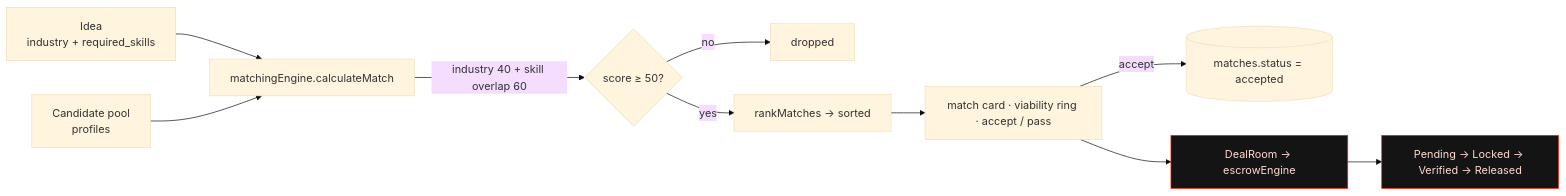
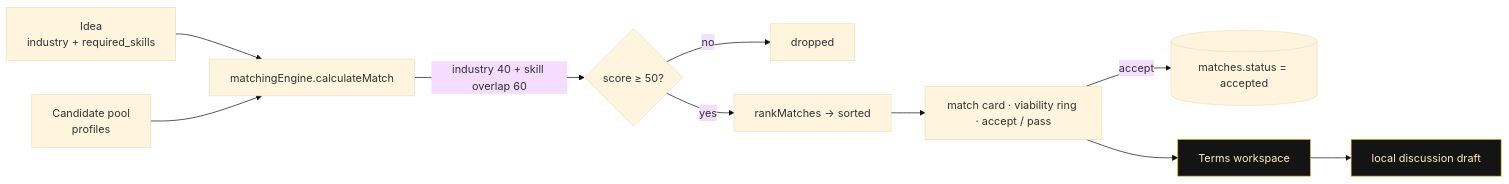
The eighth of 11 diagrams in README.md (YASLOGIST/urlf-up), drawn with Mermaid (base theme) before and after one commit. The commit also changed other lines of this file and 14 other files, not shown here.

Commit message:
upgrade terms workspace and motion accessibility

````diff
--- a/README.md
+++ b/README.md
@@ -492,15 +492,15 @@
 ```mermaid
 graph LR
   I["Idea<br/>industry + required_skills"] --> E["matchingEngine.calculateMatch"]
   P["Candidate pool<br/>profiles"] --> E
   E -->|"industry 40 + skill overlap 60"| S{"score ≥ 50?"}
   S -->|no| DROP["dropped"]
   S -->|yes| R["rankMatches → sorted"]
   R --> C["match card · viability ring · accept / pass"]
   C -->|accept| DB[("matches.status = accepted")]
-  C --> DR["DealRoom → escrowEngine"]
-  DR --> ST["Pending → Locked → Verified → Released"]
+  C --> DR["Terms workspace"]
+  DR --> DISCUSS["local discussion draft"]
 
-  classDef sim fill:#141414,stroke:#FF1E00,color:#ffd9d2;
-  class DR,ST sim;
+  classDef draft fill:#141414,stroke:#D4AF37,color:#fff0bd;
+  class DR,DISCUSS draft;
 ```
````
